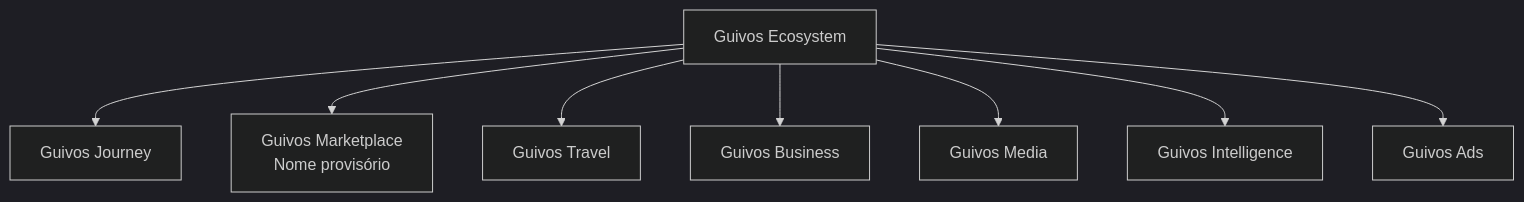
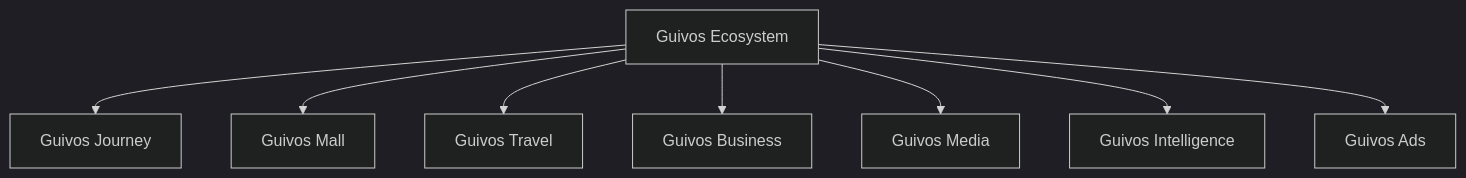
Before and after one commit to guivos-repositorio/Guivos-Knowledge-Repository: the diagram in docs/product-architecture/index.md, drawn with Mermaid (dark theme). The commit also changed other lines of this file, not shown here.

Commit message:
docs(product): rename Marketplace to Guivos Mall

````diff
--- a/docs/product-architecture/index.md
+++ b/docs/product-architecture/index.md
@@ -18,11 +18,11 @@
 ```mermaid
 graph TD
     E[Guivos Ecosystem]
     E --> J[Guivos Journey]
-    E --> M[Guivos Marketplace\nNome provisório]
+    E --> M[Guivos Mall]
     E --> T[Guivos Travel]
     E --> B[Guivos Business]
     E --> MD[Guivos Media]
     E --> I[Guivos Intelligence]
     E --> A[Guivos Ads]
 ```
````
